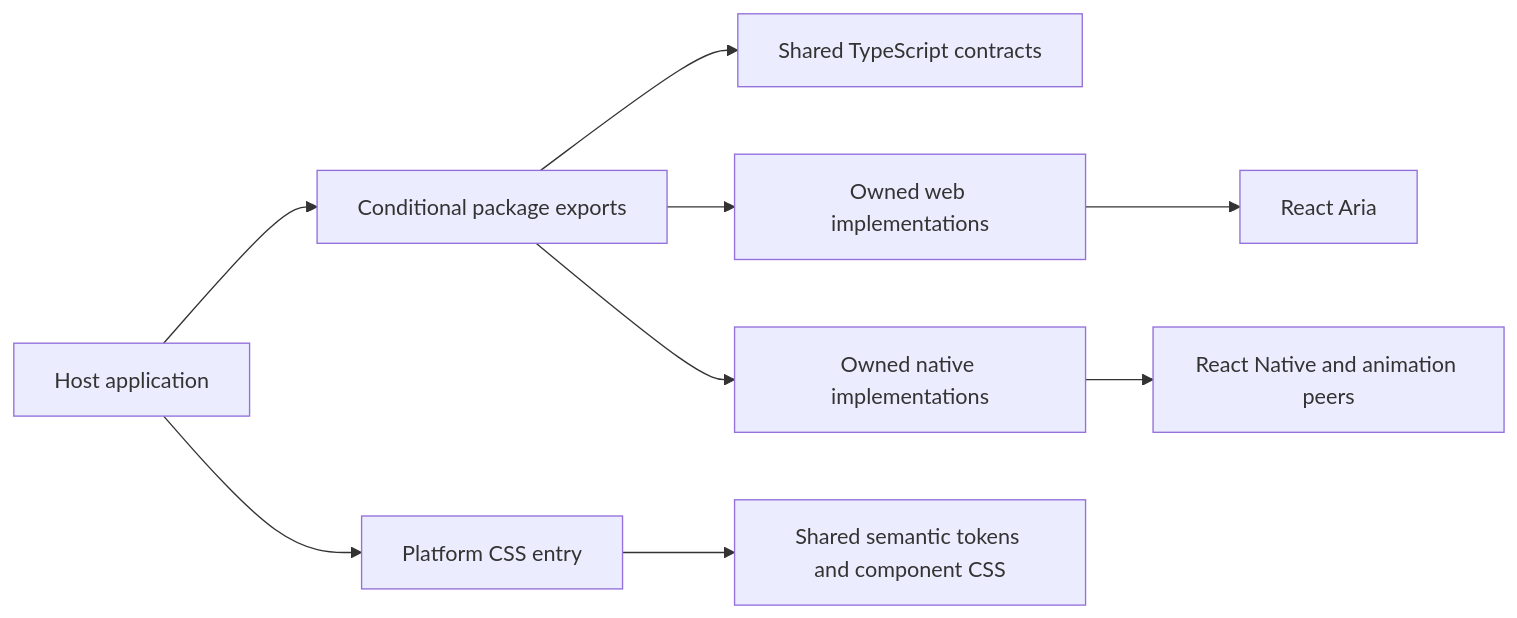
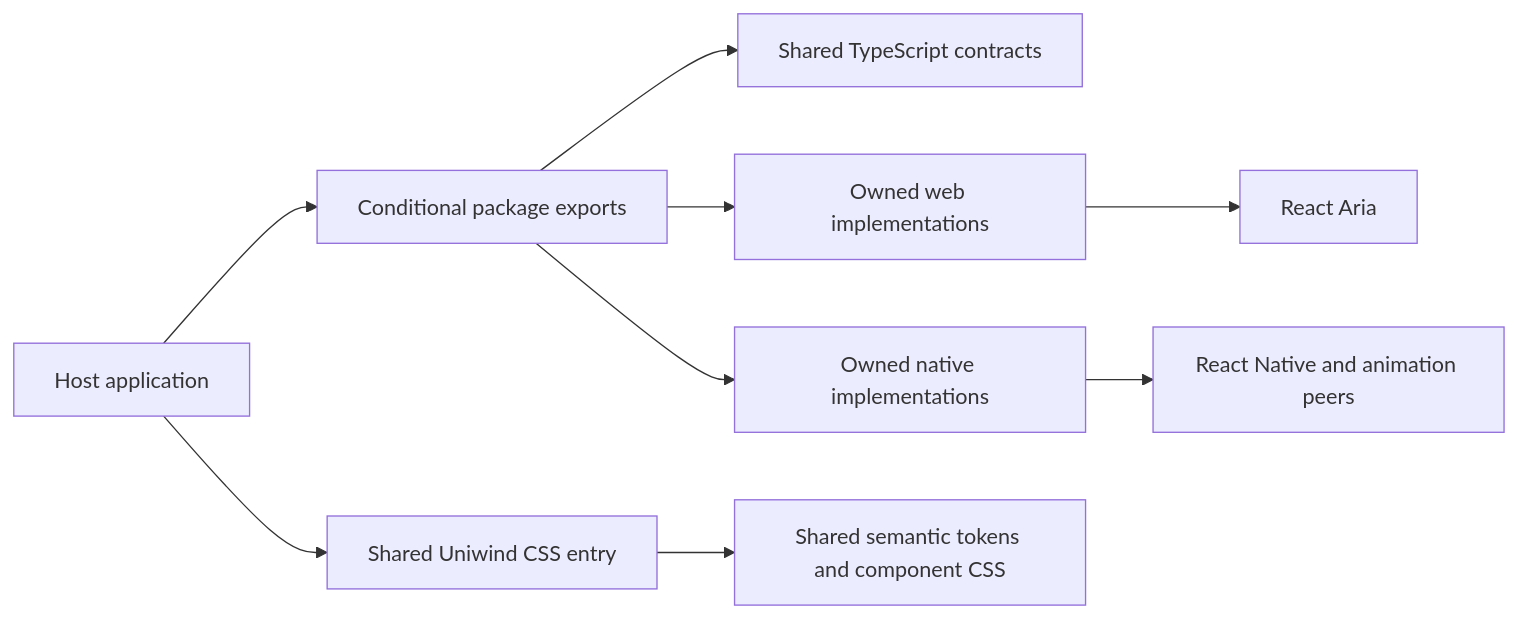
The diagram in docs/architecture/overview.md (nh-kng/react-native-heroui), drawn with Mermaid before and after one commit. The commit also changed other lines of this file and 23 other files, not shown here.

First line of the commit message:
feat(styles): unify native and web styling with Uniwind

````diff
--- a/docs/architecture/overview.md
+++ b/docs/architecture/overview.md
@@ -5,11 +5,11 @@
 ```mermaid
 flowchart LR
   App[Host application] --> Exports[Conditional package exports]
   Exports --> Contracts[Shared TypeScript contracts]
   Exports --> Web[Owned web implementations]
   Exports --> Native[Owned native implementations]
   Web --> Aria[React Aria]
   Native --> RN[React Native and animation peers]
-  App --> Styles[Platform CSS entry]
+  App --> Styles[Shared Uniwind CSS entry]
   Styles --> Shared[Shared semantic tokens and component CSS]
 ```
````
